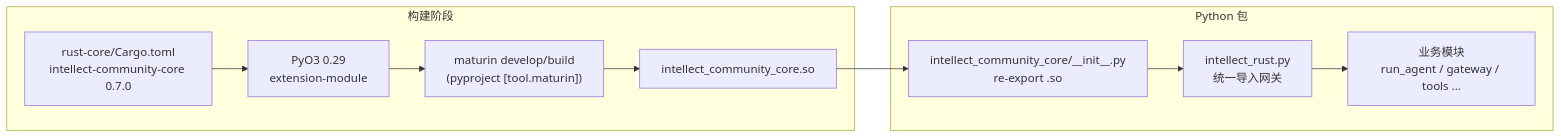
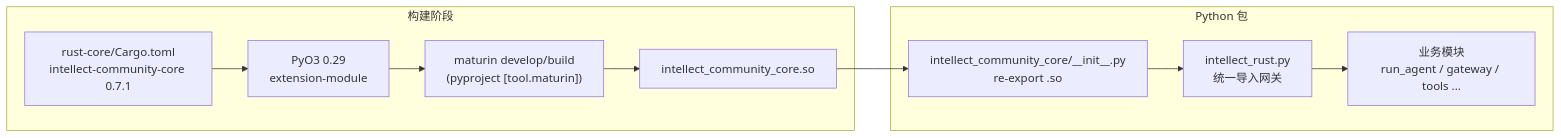
Before and after one commit to ontoweb-cn/intellect-agent: the first of 3 diagrams in docs/architecture/rust-python-interaction.md, drawn with Mermaid. The commit also changed other lines of this file and 6 other files, not shown here.

````diff
--- a/docs/architecture/rust-python-interaction.md
+++ b/docs/architecture/rust-python-interaction.md
@@ -65,18 +65,18 @@
 ```mermaid
 flowchart LR
     subgraph Build["构建阶段"]
-        Cargo["rust-core/Cargo.toml\nintellect-community-core 0.7.0"]
+        Cargo["rust-core/Cargo.toml\nintellect-community-core 0.7.1"]
         PyO3["PyO3 0.29\nextension-module"]
         Maturin["maturin develop/build\n(pyproject [tool.maturin])"]
         SO["intellect_community_core.so"]
     end
 
     subgraph PythonPkg["Python 包"]
         Init["intellect_community_core/__init__.py\nre-export .so"]
         Gate["intellect_rust.py\n统一导入网关"]
         App["业务模块\nrun_agent / gateway / tools ..."]
     end
 
     Cargo --> PyO3 --> Maturin --> SO
     SO --> Init --> Gate --> App
 ```
````
